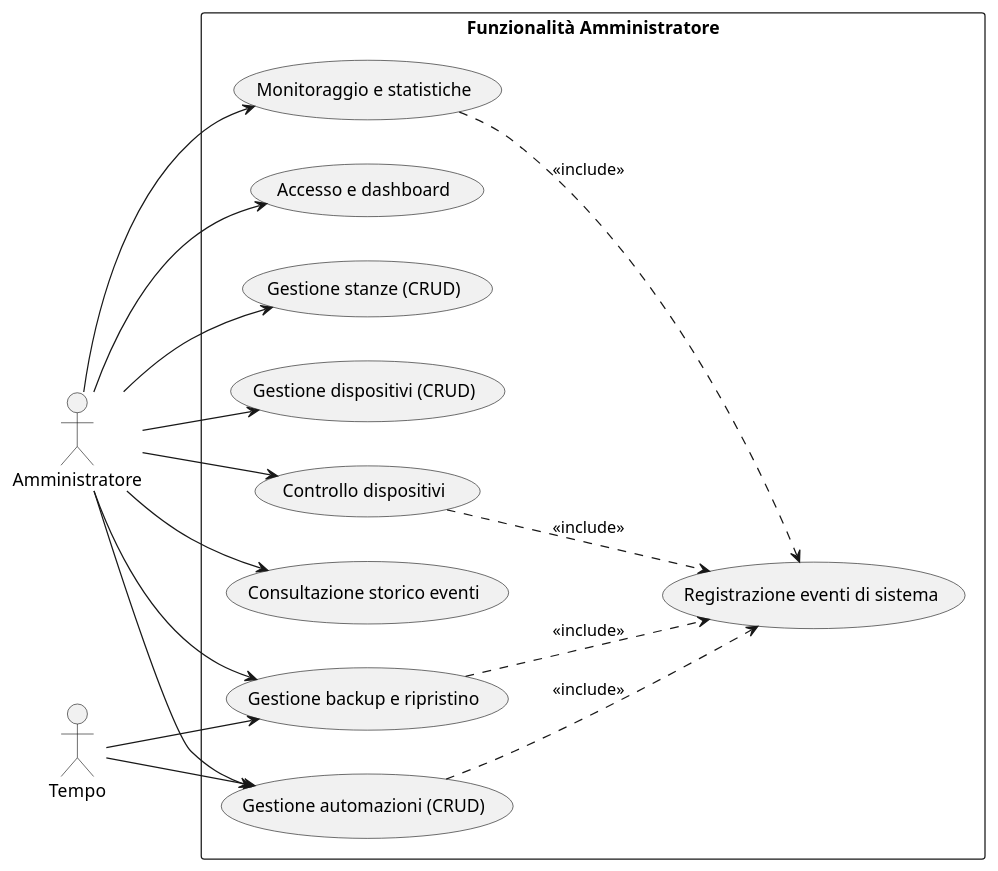
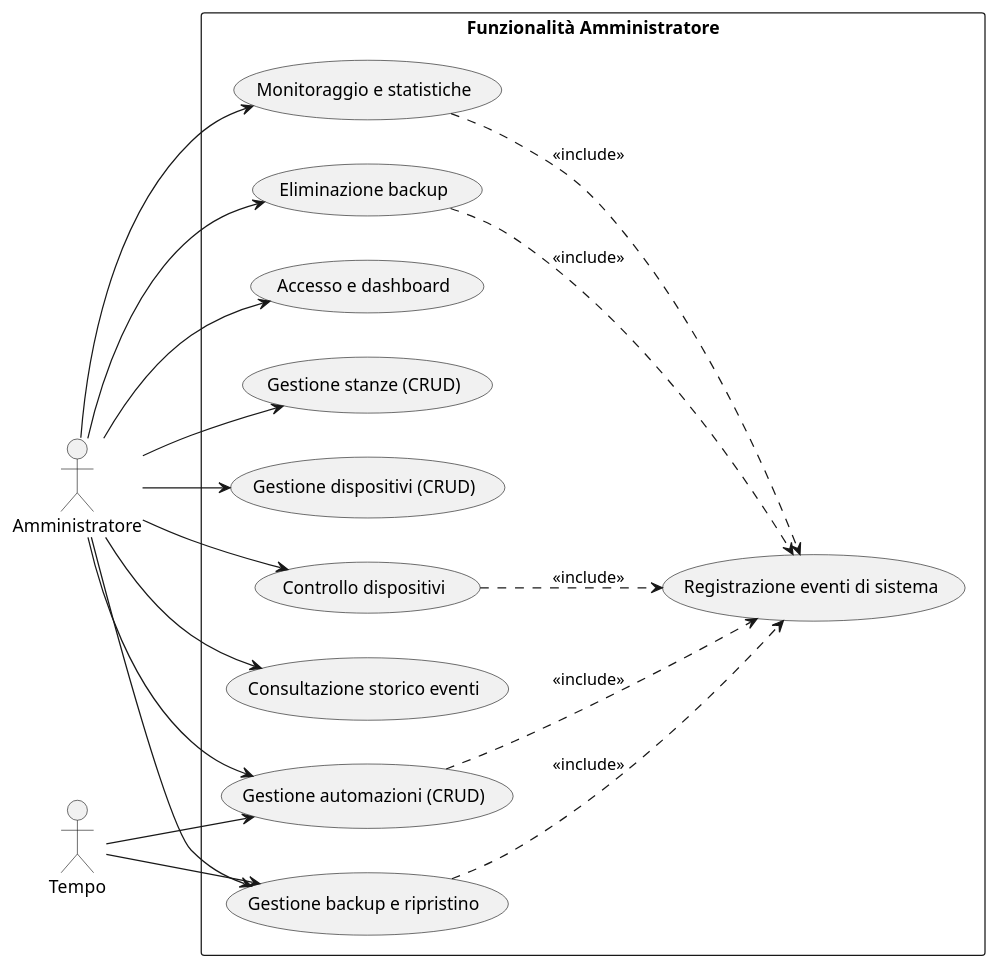
The diagram in casi_uso/gestione_amministratore.puml (LapoCremonesi/ingegneria_del_software), drawn with PlantUML before and after one commit. The commit also changed 69 other files, not shown here.

```diff
--- a/casi_uso/gestione_amministratore.puml
+++ b/casi_uso/gestione_amministratore.puml
@@ -1,36 +1,39 @@
 @startuml
 left to right direction
 
 actor "Amministratore" as A
 actor "Tempo" as T
 
 rectangle "Funzionalità Amministratore" {
   usecase "Accesso e dashboard" as UC1
   usecase "Gestione stanze (CRUD)" as UC2
   usecase "Gestione dispositivi (CRUD)" as UC3
   usecase "Controllo dispositivi" as UC4
   usecase "Gestione automazioni (CRUD)" as UC5
   usecase "Consultazione storico eventi" as UC6
   usecase "Gestione backup e ripristino" as UC7
   usecase "Monitoraggio e statistiche" as UC8
+  usecase "Eliminazione backup" as UC9
   usecase "Registrazione eventi di sistema" as UCE1
 }
 
 A --> UC1
 A --> UC2
 A --> UC3
 A --> UC4
 A --> UC5
-A --> UC6 
+A --> UC6
 A --> UC7
 A --> UC8
+A --> UC9
 
+T --> UC5
 T --> UC7
-T --> UC5
 
 UC4 ..> UCE1 : <<include>>
 UC5 ..> UCE1 : <<include>>
 UC7 ..> UCE1 : <<include>>
 UC8 ..> UCE1 : <<include>>
+UC9 ..> UCE1 : <<include>>
 
 @enduml
```
